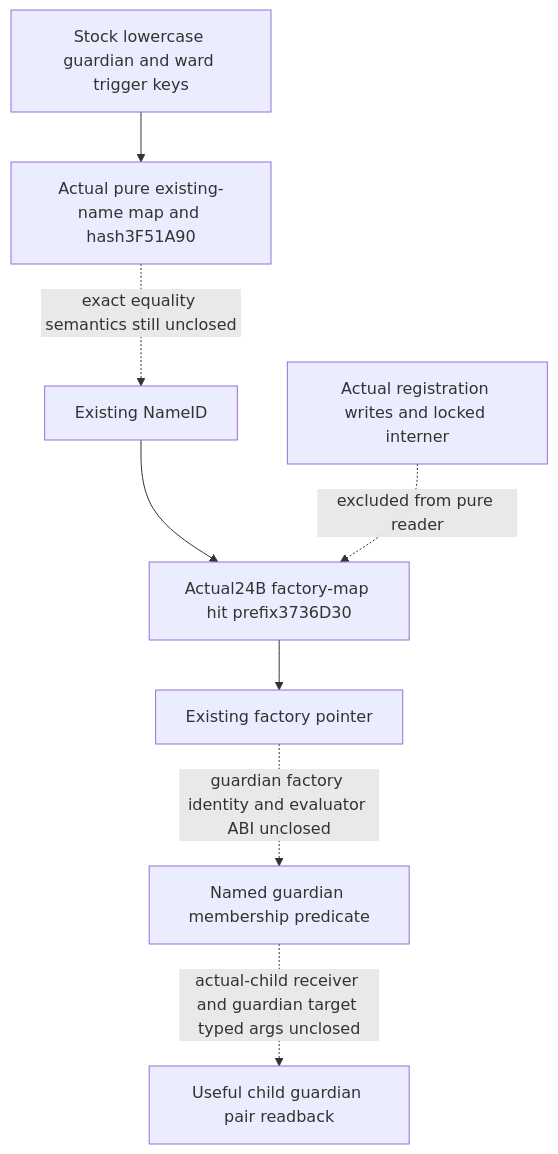
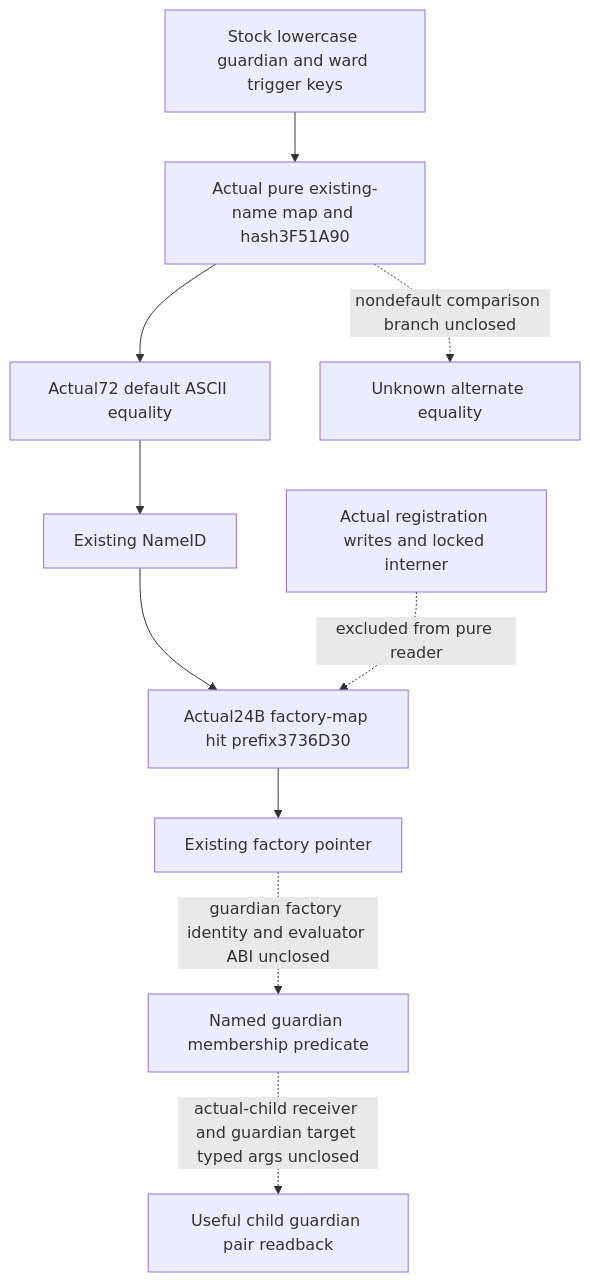
Before and after one commit to XenoAmess/ck3_eternal_recurrence: the fourth of 4 diagrams in docs/ck3-native-ai/guardian-relation-character-binding-12004.md, drawn with Mermaid. The commit also changed other lines of this file and 2 other files, not shown here.

````diff
--- a/docs/ck3-native-ai/guardian-relation-character-binding-12004.md
+++ b/docs/ck3-native-ai/guardian-relation-character-binding-12004.md
@@ -320,10 +320,12 @@
 ```mermaid
 flowchart TD
   N[Stock lowercase guardian and ward trigger keys] --> H[Actual pure existing-name map and hash3F51A90]
-  H -. exact equality semantics still unclosed .-> ID[Existing NameID]
+  H --> A[Actual72 default ASCII equality]
+  A --> ID[Existing NameID]
+  H -. nondefault comparison branch unclosed .-> U[Unknown alternate equality]
   ID --> M[Actual24B factory-map hit prefix3736D30]
   M --> F[Existing factory pointer]
   R[Actual registration writes and locked interner] -. excluded from pure reader .-> M
   F -. guardian factory identity and evaluator ABI unclosed .-> E[Named guardian membership predicate]
   E -. actual-child receiver and guardian target typed args unclosed .-> C[Useful child guardian pair readback]
 ```
````
